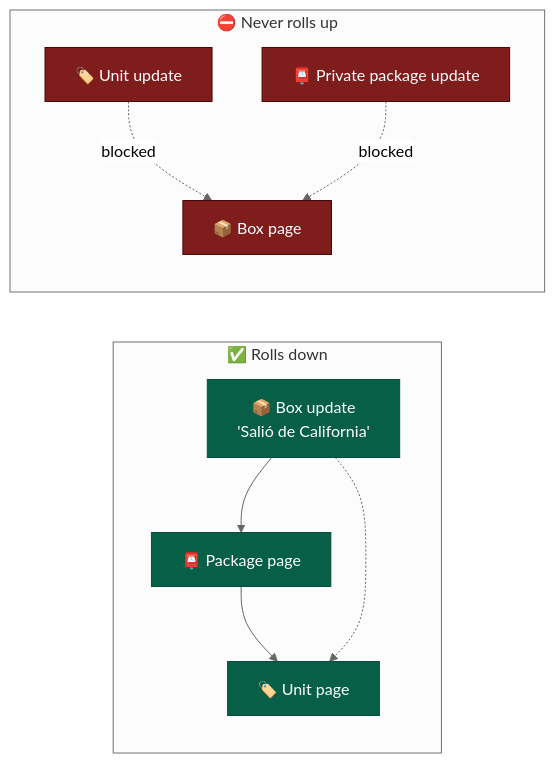
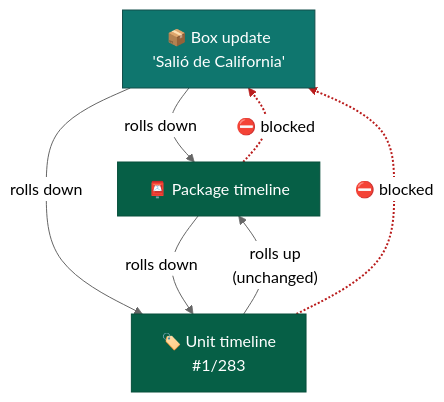
One commit to jcarranz97/printforhelp changed the third of 5 diagrams in docs/architecture/logistics-flow.md. Above: the diagram before and after it, drawn with Mermaid (neutral theme). The commit also changed other lines of this file and 41 other files, not shown here.

Commit message:
Add buttons to include items to package from tracking page

````diff
--- a/docs/architecture/logistics-flow.md
+++ b/docs/architecture/logistics-flow.md
@@ -108,20 +112,19 @@
 ```mermaid
-flowchart LR
-    subgraph down [" ✅ Rolls down "]
-        direction TB
-        B1["📦 Box update<br/>'Salió de California'"] --> P["📮 Package page"]
-        P --> U["🏷️ Unit page"]
-        B1 -.-> U
-    end
+flowchart TB
+    B["📦 Box update<br/>'Salió de California'"]
+    P["📮 Package timeline"]
+    U["🏷️ Unit timeline<br/>#1/283"]
 
-    subgraph up [" ⛔ Never rolls up "]
-        direction TB
-        U2["🏷️ Unit update"] -.->|"blocked"| B2["📦 Box page"]
-        P2["📮 Private package update"] -.->|"blocked"| B2
-    end
+    B -->|"rolls down"| P
+    B -->|"rolls down"| U
+    P -->|"rolls down"| U
+    U -->|"rolls up<br/>(unchanged)"| P
+    P -.->|"⛔ blocked"| B
+    U -.->|"⛔ blocked"| B
 
+    classDef box fill:#0f766e,stroke:#134e4a,color:#fff
     classDef ok fill:#065f46,stroke:#064e3b,color:#fff
-    classDef no fill:#7f1d1d,stroke:#450a0a,color:#fff
-    class B1,P,U ok
-    class U2,P2,B2 no
+    class B box
+    class P,U ok
+    linkStyle 4,5 stroke:#b91c1c,stroke-width:2px
 ```
````
